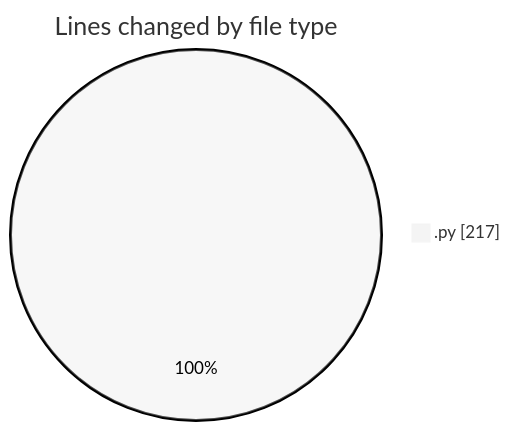
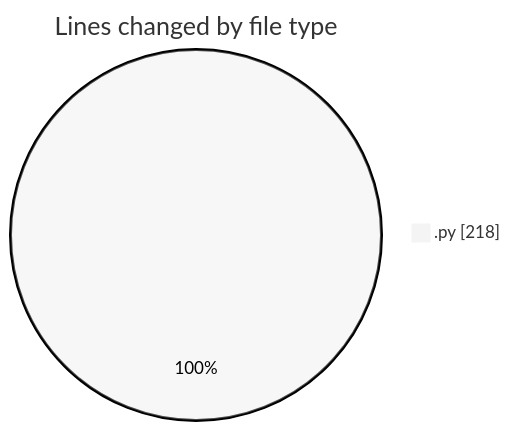
Before and after one commit to idhammustaqopulfikri/code-tracking: the first of 2 diagrams in 2025-10-19/mengetes/README.md, drawn with Mermaid (neutral theme). The commit also changed other lines of this file and 1 other file, not shown here.

````diff
--- a/2025-10-19/mengetes/README.md
+++ b/2025-10-19/mengetes/README.md
@@ -22,5 +22,5 @@
 ```mermaid
 pie showData
 title Lines changed by file type
-".py" : 217
+".py" : 218
 ```
````
